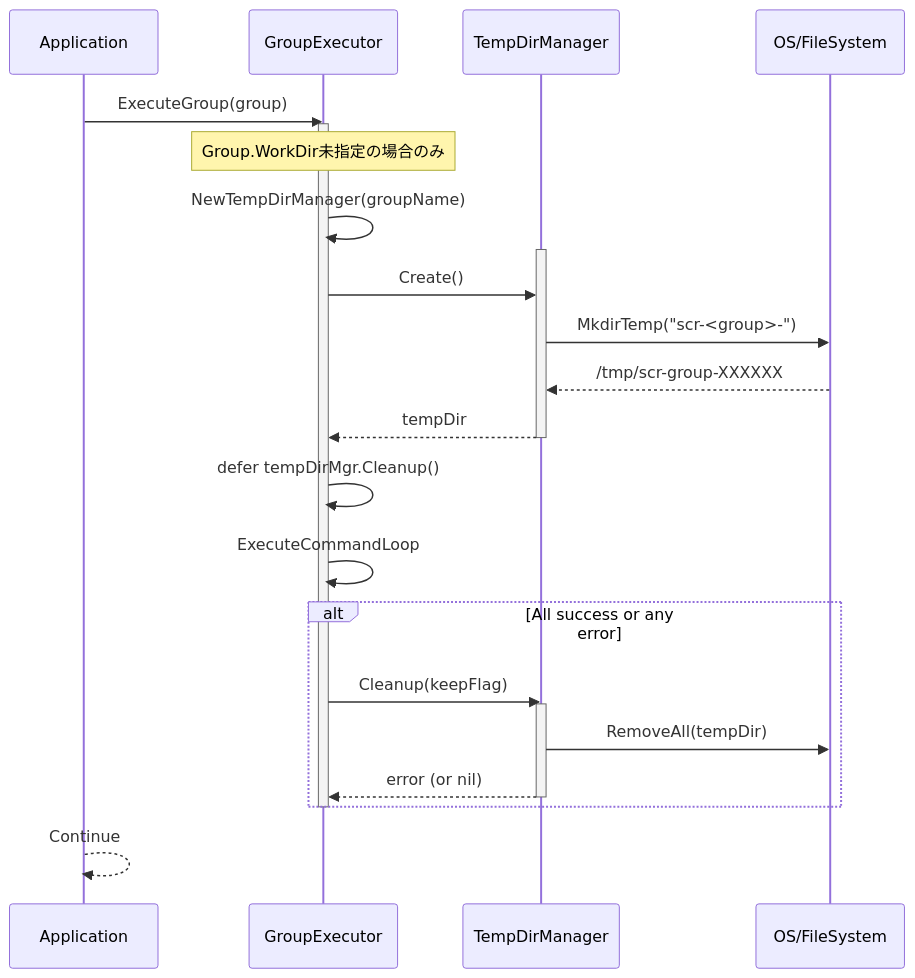
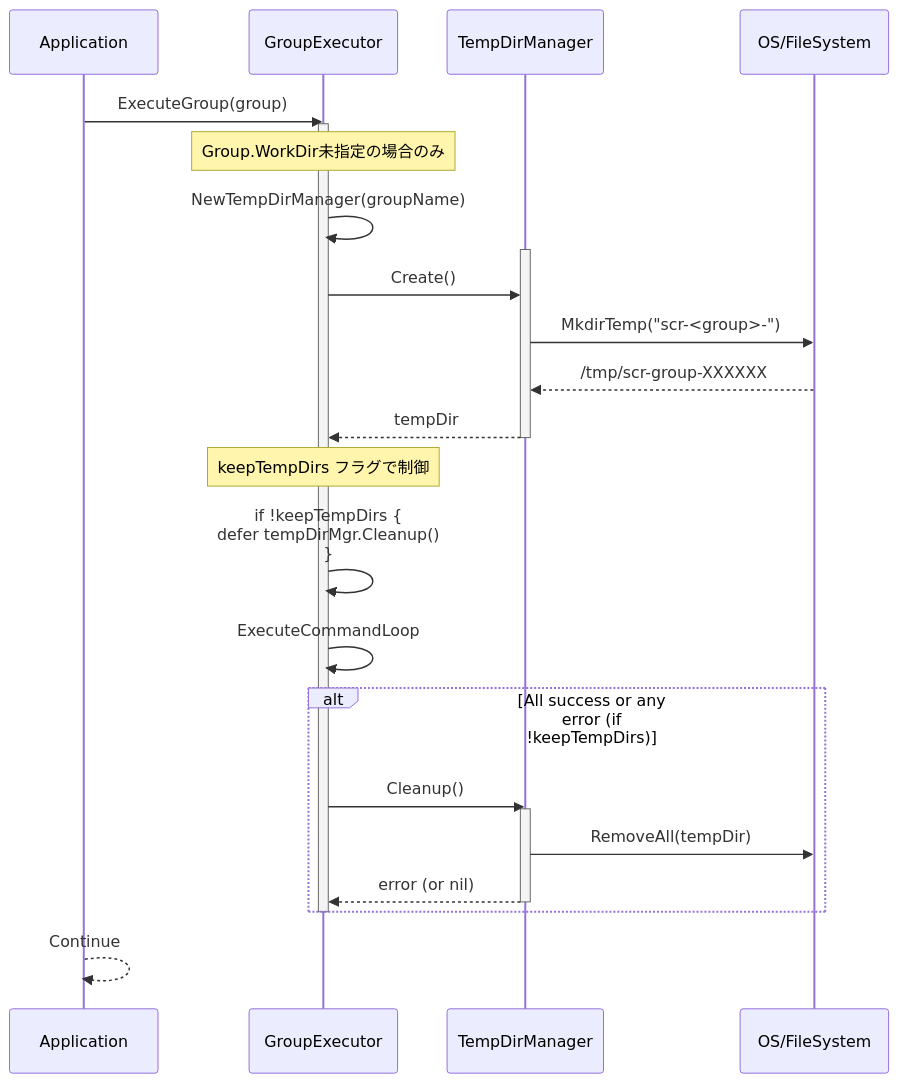
Before and after one commit to isseis/go-safe-cmd-runner: the sixth of 11 diagrams in docs/tasks/0034_workdir_redesign/02_architecture.md, drawn with Mermaid. The commit also changed other lines of this file and 1 other file, not shown here.

First line of the commit message:
Update TempDirManager API and document conditional cleanup behavior

````diff
--- a/docs/tasks/0034_workdir_redesign/02_architecture.md
+++ b/docs/tasks/0034_workdir_redesign/02_architecture.md
@@ -346,35 +350,36 @@
 ```mermaid
 sequenceDiagram
     participant App as Application
     participant GE as GroupExecutor
     participant TDM as TempDirManager
     participant OS as OS/FileSystem
 
     App->>GE: ExecuteGroup(group)
     activate GE
 
     Note over GE: Group.WorkDir未指定の場合のみ
 
     GE->>GE: NewTempDirManager(groupName)
     activate TDM
     GE->>TDM: Create()
     TDM->>OS: MkdirTemp("scr-<group>-")
     OS-->>TDM: /tmp/scr-group-XXXXXX
     TDM-->>GE: tempDir
     deactivate TDM
 
-    GE->>GE: defer tempDirMgr.Cleanup()
+    Note over GE: keepTempDirs フラグで制御
+    GE->>GE: if !keepTempDirs {<br/>  defer tempDirMgr.Cleanup()<br/>}
 
     GE->>GE: ExecuteCommandLoop
 
-    alt All success or any error
-        GE->>TDM: Cleanup(keepFlag)
+    alt All success or any error (if !keepTempDirs)
+        GE->>TDM: Cleanup()
         activate TDM
         TDM->>OS: RemoveAll(tempDir)
         TDM-->>GE: error (or nil)
         deactivate TDM
     end
 
     deactivate GE
     App-->>App: Continue
 ```
````
